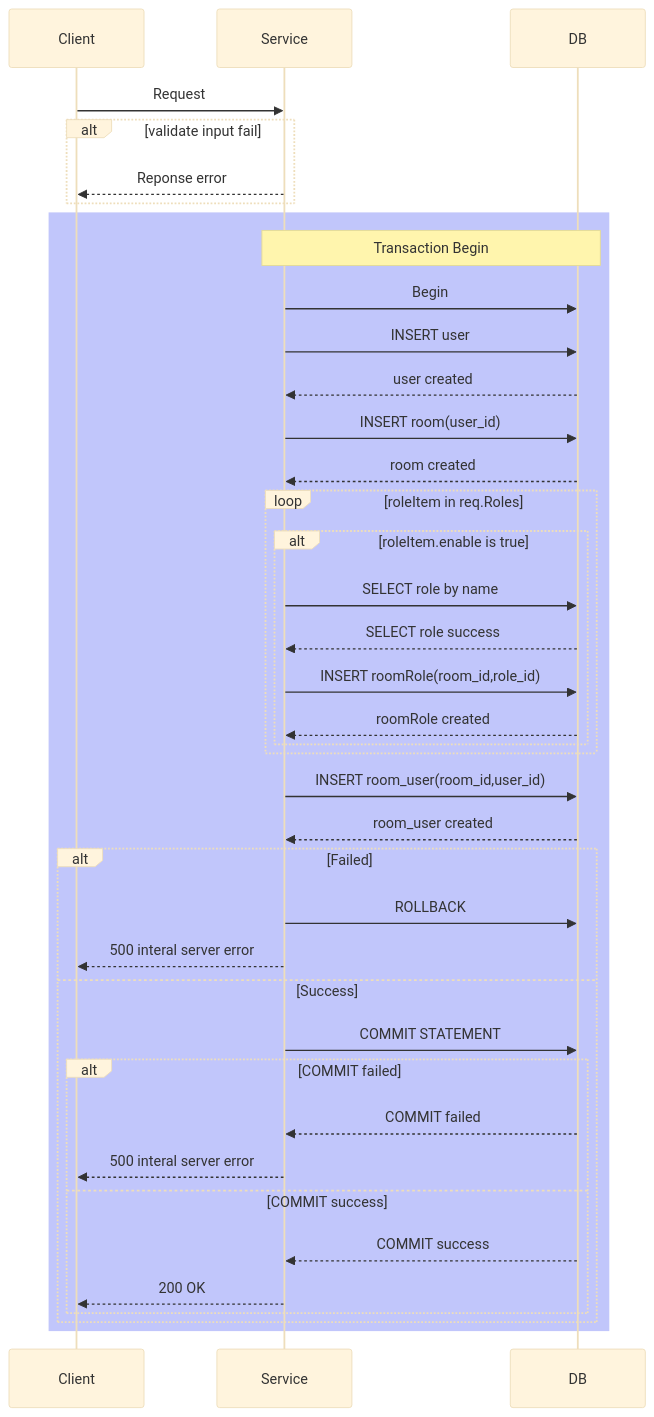
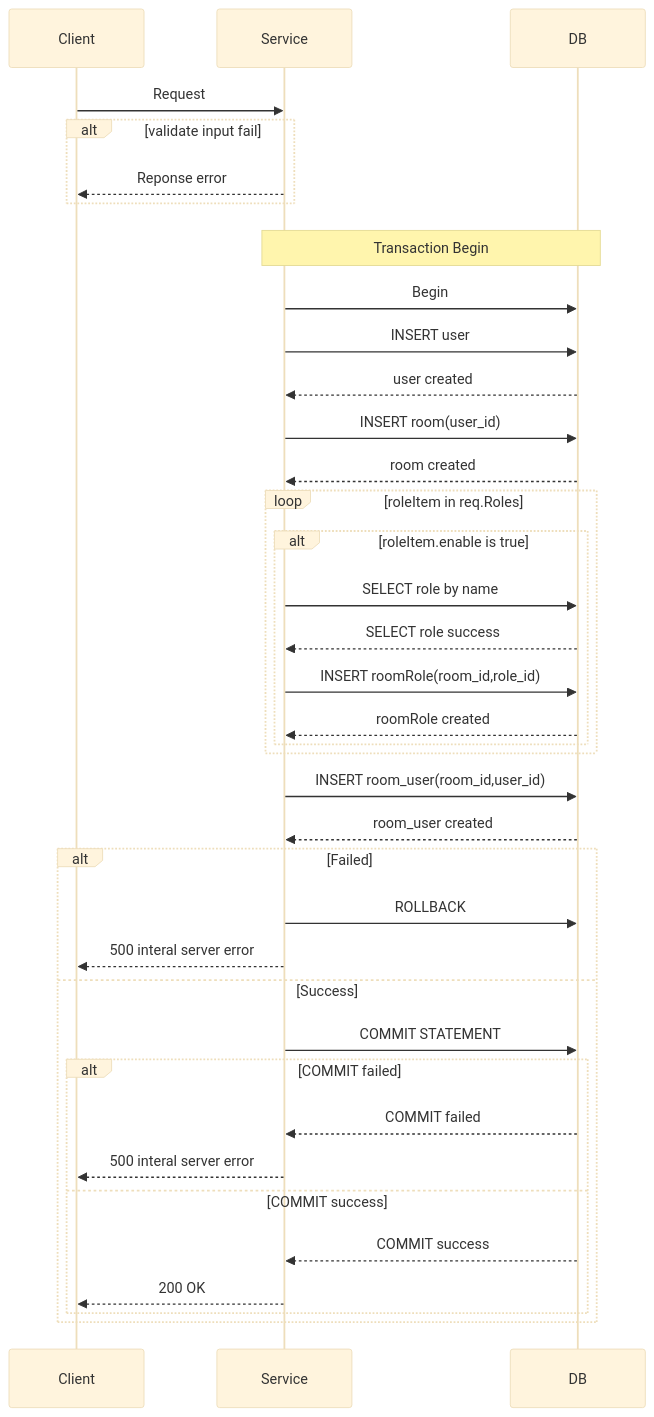
One commit to jirapatchookleeb/avalon-design-api changed the diagram in post_create_room.md. Above: the diagram before and after it, drawn with Mermaid (base theme).

Commit message:
feat: update color

````diff
--- a/post_create_room.md
+++ b/post_create_room.md
@@ -25,48 +25,48 @@
 ```mermaid
 sequenceDiagram
     participant Client
     participant Service
     participant DB
 
     Client->>Service: Request
 
     alt validate input fail
         Service-->>Client: Reponse error
     end
 
-    rect rgb(193, 198, 251)
+    rect rgb(255, 255, 255)
         Note over Service,DB: Transaction Begin
             Service->>DB: Begin
             Service->>DB: INSERT user
             DB-->>Service: user created
 
             Service->>DB: INSERT room(user_id)
             DB-->>Service: room created
 
             loop roleItem in req.Roles
                 alt roleItem.enable is true
                     Service->>DB:SELECT role by name
                     DB-->>Service: SELECT role success
                     Service->>DB: INSERT roomRole(room_id,role_id)
                     DB-->>Service: roomRole created
                 end
             end
 
             Service->>DB: INSERT room_user(room_id,user_id)
             DB-->>Service: room_user created
             alt Failed
                 Service->>DB: ROLLBACK
                 Service-->>Client: 500 interal server error
             else Success
                 Service->>DB: COMMIT STATEMENT
                 alt COMMIT failed
                     DB-->>Service: COMMIT failed
                     Service-->>Client: 500 interal server error
                 else COMMIT success
                     DB-->>Service: COMMIT success
                     Service-->>Client: 200 OK
                 end
             end
 
     end
 ```
````
